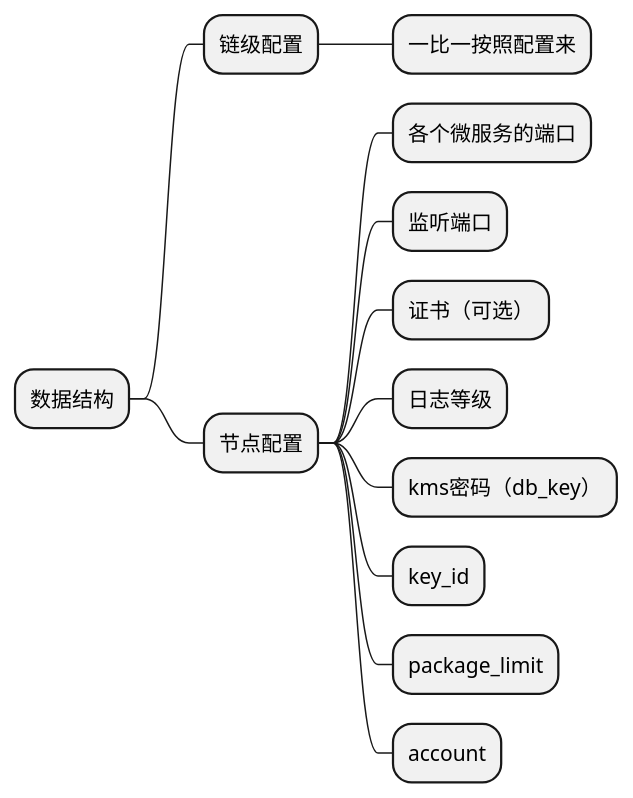
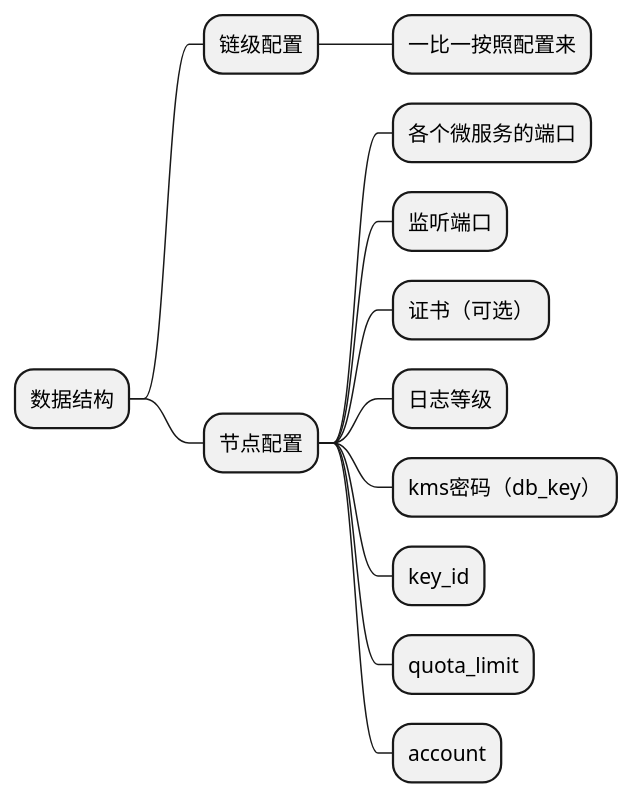
Before and after one commit to cita-cloud/cloud-config: the diagram in img/struct.puml, drawn with PlantUML. The commit also changed 9 other files, not shown here.

First line of the commit message:
refactor: adapt for add quota limit

```diff
--- a/img/struct.puml
+++ b/img/struct.puml
@@ -1,14 +1,14 @@
 @startmindmap
 + 数据结构
 ++ 链级配置
 +++ 一比一按照配置来
 ++ 节点配置
 +++ 各个微服务的端口
 +++ 监听端口
 +++ 证书（可选）
 +++ 日志等级
 +++ kms密码（db_key）
 +++ key_id
-+++ package_limit
++++ quota_limit
 +++ account
 @endmindmap
```
